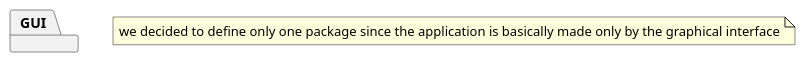
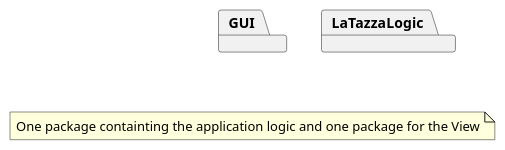
The first of 3 diagrams in templates/DesignDocumentTemplate.md (SimoneDutto/LaTazza), drawn with PlantUML before and after one commit. The commit also changed other lines of this file, not shown here.

Commit message:
Update ClasseDiagram

````diff
--- a/templates/DesignDocumentTemplate.md
+++ b/templates/DesignDocumentTemplate.md
@@ -26,5 +26,6 @@
 ```plantuml
-package GUI
+package GUI 
+package LaTazzaLogic
 
-note "we decided to define only one package since the application is basically made only by the graphical interface" as n
+note "One package containting the application logic and one package for the View" as n
 ```
````
